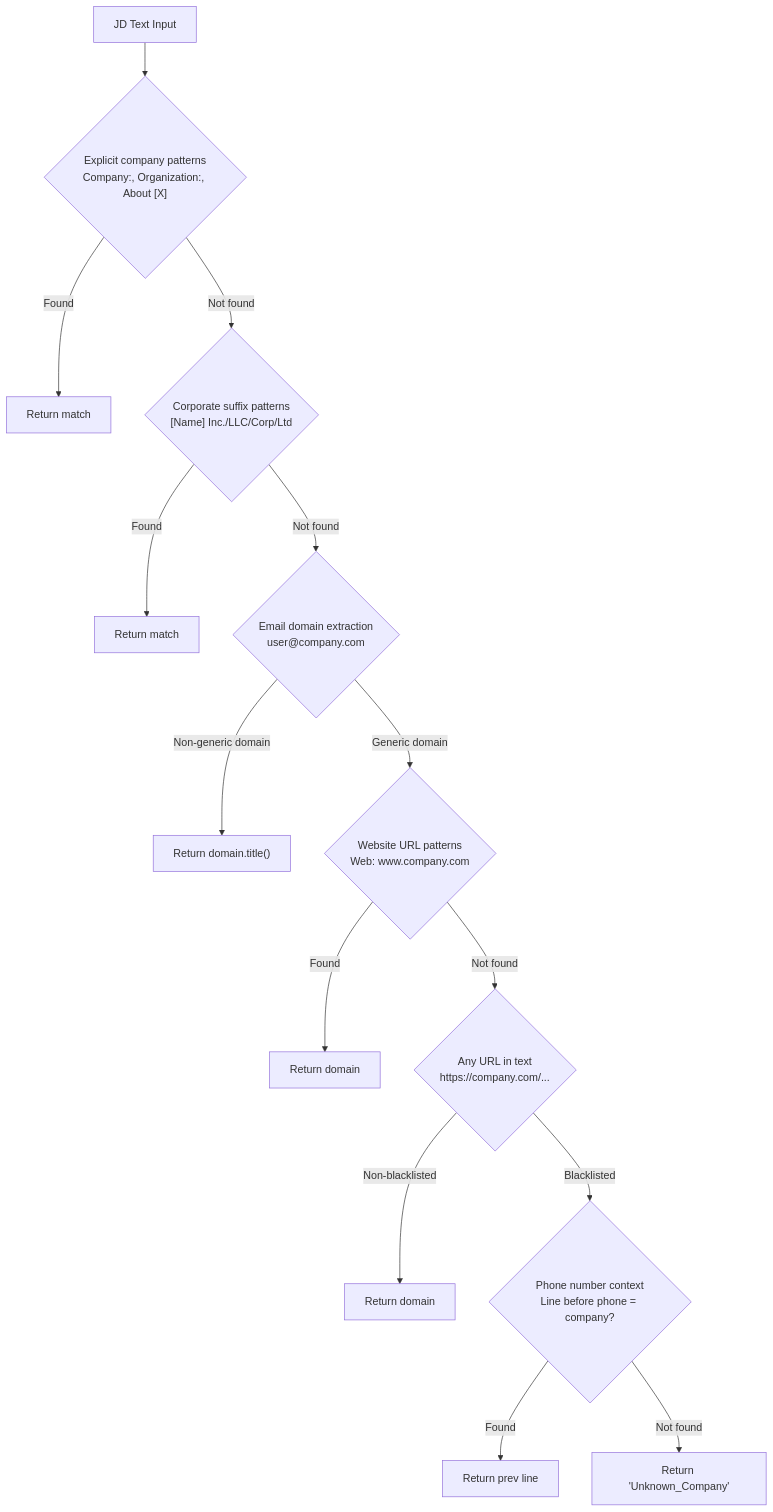
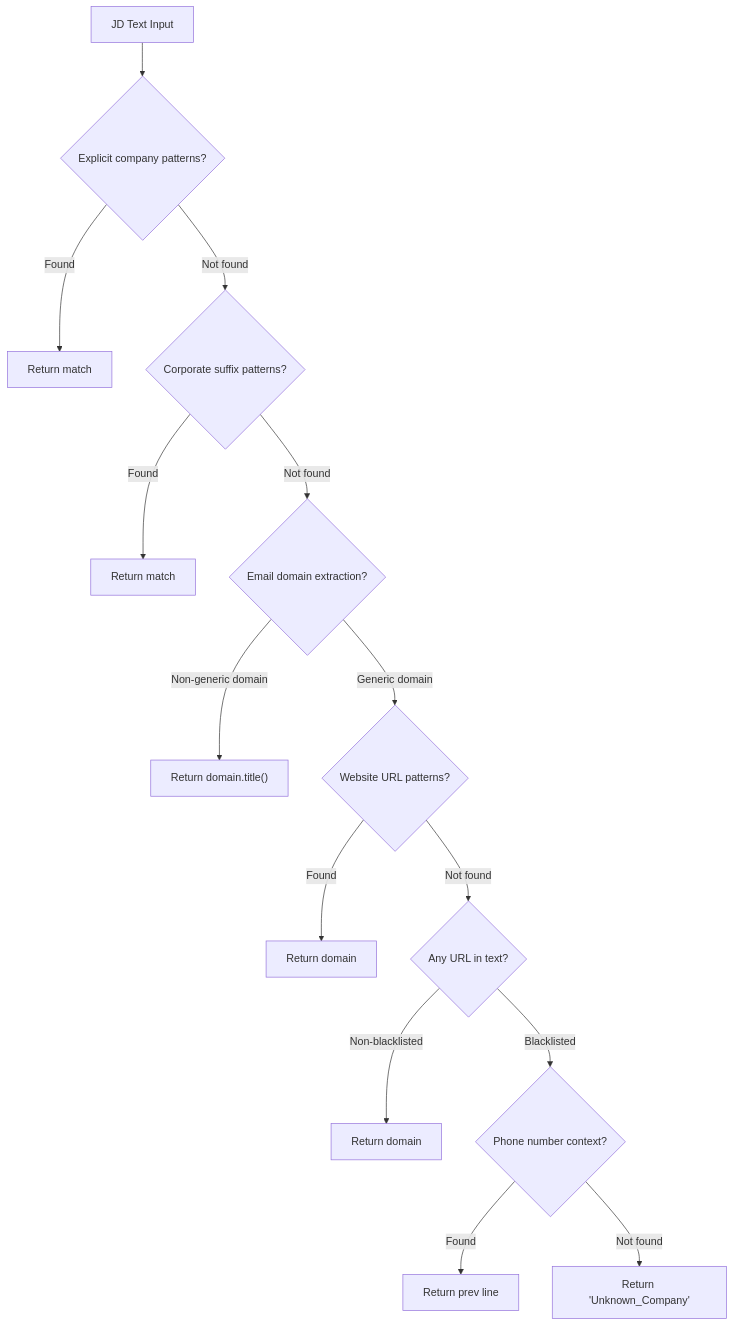
Before and after one commit to tejamahesh1433/job-trailerd-resume: the seventh of 8 diagrams in docx/Data_Flow_Sequences.md, drawn with Mermaid. The commit also changed 3 other files, not shown here.

Commit message:
docs: add architecture and data flow documentation for backend and frontend systems

````diff
--- a/docx/Data_Flow_Sequences.md
+++ b/docx/Data_Flow_Sequences.md
@@ -256,16 +256,16 @@
 ```mermaid
 flowchart TD
     JD["JD Text Input"] --> P1
-    P1{"Explicit company patterns<br/>Company:, Organization:, About [X]"} -->|Found| R1["Return match"]
+    P1{"Explicit company patterns?"} -->|Found| R1["Return match"]
     P1 -->|Not found| P2
-    P2{"Corporate suffix patterns<br/>[Name] Inc./LLC/Corp/Ltd"} -->|Found| R2["Return match"]
+    P2{"Corporate suffix patterns?"} -->|Found| R2["Return match"]
     P2 -->|Not found| P3
-    P3{"Email domain extraction<br/>user@company.com"} -->|Non-generic domain| R3["Return domain.title()"]
+    P3{"Email domain extraction?"} -->|Non-generic domain| R3["Return domain.title()"]
     P3 -->|Generic domain| P4
-    P4{"Website URL patterns<br/>Web: www.company.com"} -->|Found| R4["Return domain"]
+    P4{"Website URL patterns?"} -->|Found| R4["Return domain"]
     P4 -->|Not found| P5
-    P5{"Any URL in text<br/>https://company.com/..."} -->|Non-blacklisted| R5["Return domain"]
+    P5{"Any URL in text?"} -->|Non-blacklisted| R5["Return domain"]
     P5 -->|Blacklisted| P6
-    P6{"Phone number context<br/>Line before phone = company?"} -->|Found| R6["Return prev line"]
+    P6{"Phone number context?"} -->|Found| R6["Return prev line"]
     P6 -->|Not found| R7["Return 'Unknown_Company'"]
 ```
````
